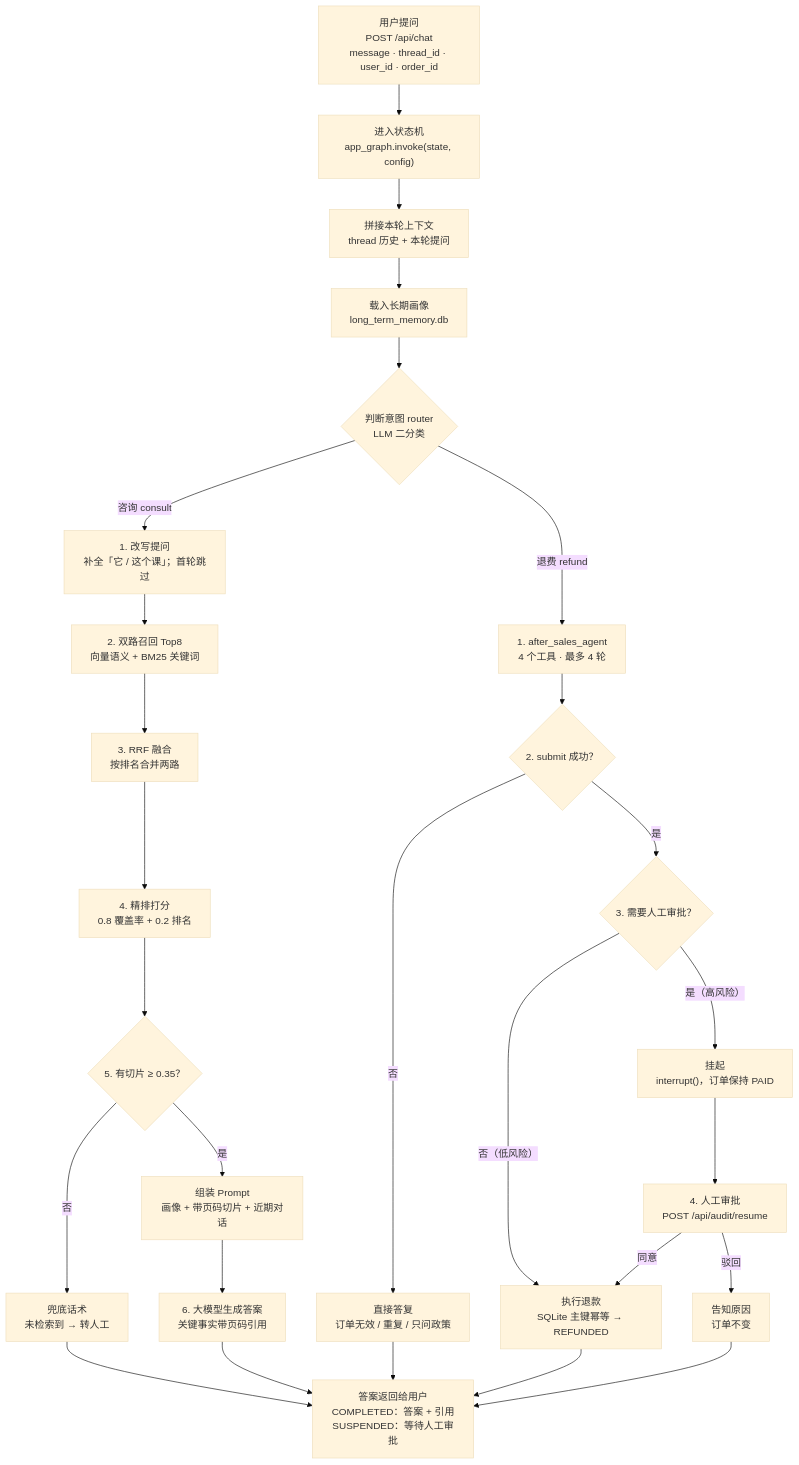
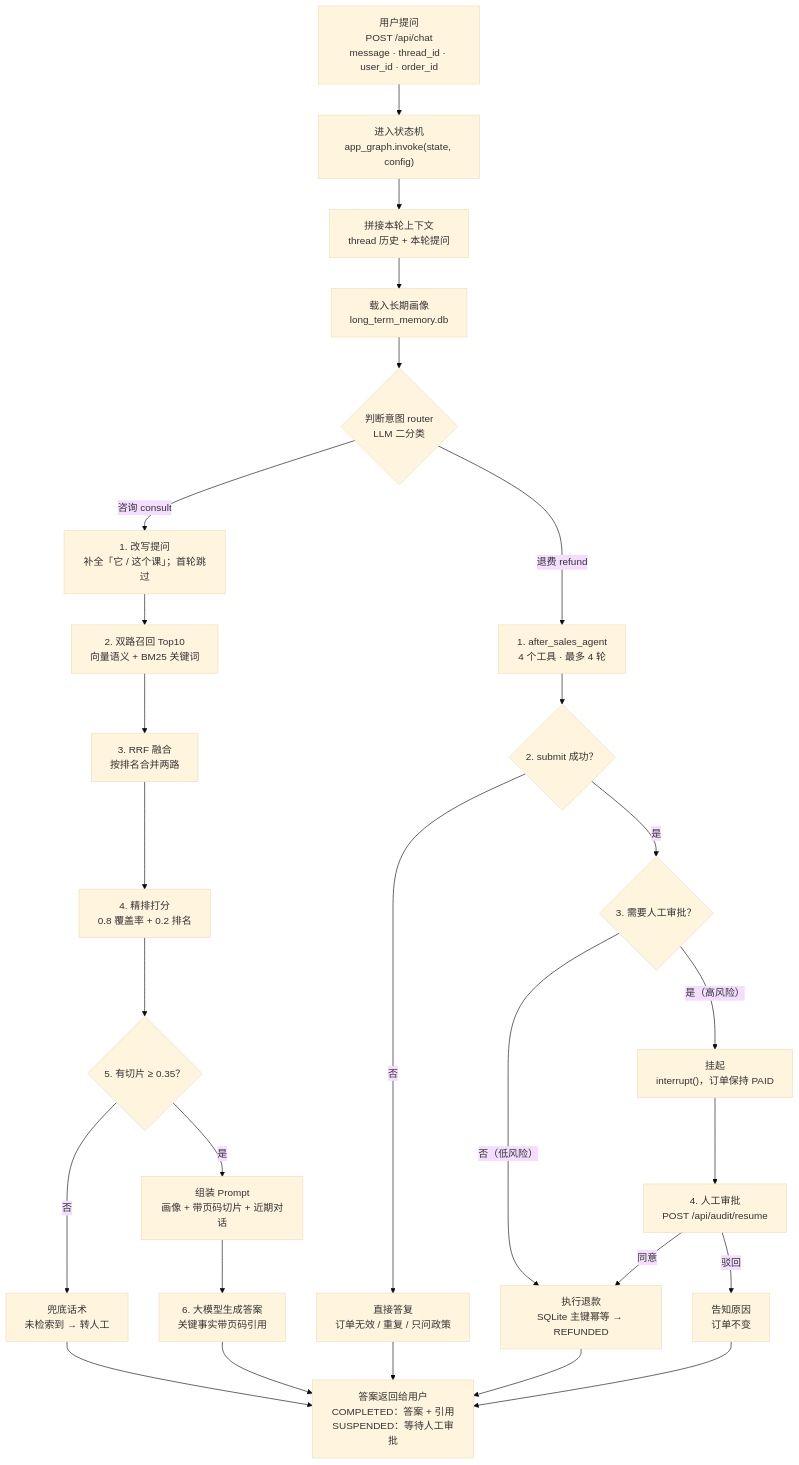
Before and after one commit to qzbxxx/edu-Agent: the first of 2 diagrams in docs/问答流程图.md, drawn with Mermaid (base theme). The commit also changed other lines of this file and 21 other files, not shown here.

````diff
--- a/docs/问答流程图.md
+++ b/docs/问答流程图.md
@@ -10,33 +10,33 @@
 ```mermaid
 flowchart TD
     Q["用户提问<br/>POST /api/chat<br/>message · thread_id · user_id · order_id"]
     Q --> A["进入状态机<br/>app_graph.invoke(state, config)"]
     A --> B["拼接本轮上下文<br/>thread 历史 + 本轮提问"]
     B --> C["载入长期画像<br/>long_term_memory.db"]
     C --> D{"判断意图 router<br/>LLM 二分类"}
 
     D -->|"咨询 consult"| E1["1. 改写提问<br/>补全「它 / 这个课」；首轮跳过"]
-    E1 --> E2["2. 双路召回 Top8<br/>向量语义 + BM25 关键词"]
+    E1 --> E2["2. 双路召回 Top10<br/>向量语义 + BM25 关键词"]
     E2 --> E3["3. RRF 融合<br/>按排名合并两路"]
     E3 --> E4["4. 精排打分<br/>0.8 覆盖率 + 0.2 排名"]
     E4 --> E5{"5. 有切片 ≥ 0.35？"}
     E5 -->|"否"| E6["兜底话术<br/>未检索到 → 转人工"]
     E5 -->|"是"| E7["组装 Prompt<br/>画像 + 带页码切片 + 近期对话"]
     E7 --> E8["6. 大模型生成答案<br/>关键事实带页码引用"]
 
     D -->|"退费 refund"| F1["1. after_sales_agent<br/>4 个工具 · 最多 4 轮"]
     F1 --> F2{"2. submit 成功？"}
     F2 -->|"否"| F3["直接答复<br/>订单无效 / 重复 / 只问政策"]
     F2 -->|"是"| F4{"3. 需要人工审批？"}
     F4 -->|"否（低风险）"| F5["执行退款<br/>SQLite 主键幂等 → REFUNDED"]
     F4 -->|"是（高风险）"| F6["挂起<br/>interrupt()，订单保持 PAID"]
     F6 --> F7["4. 人工审批<br/>POST /api/audit/resume"]
     F7 -->|"同意"| F5
     F7 -->|"驳回"| F8["告知原因<br/>订单不变"]
 
     E6 --> Z["答案返回给用户<br/>COMPLETED：答案 + 引用<br/>SUSPENDED：等待人工审批"]
     E8 --> Z
     F3 --> Z
     F5 --> Z
     F8 --> Z
 ```
````
